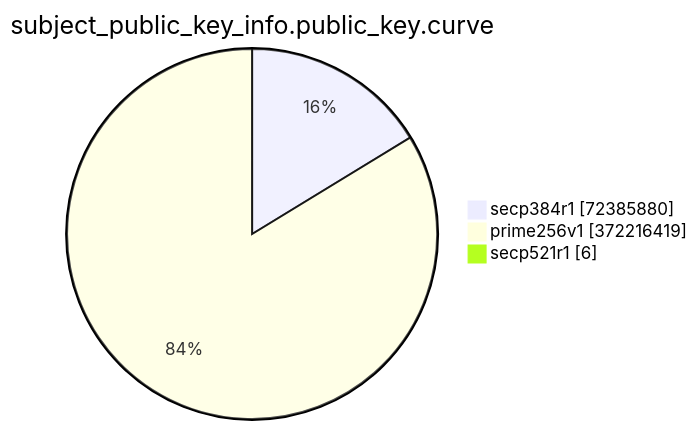
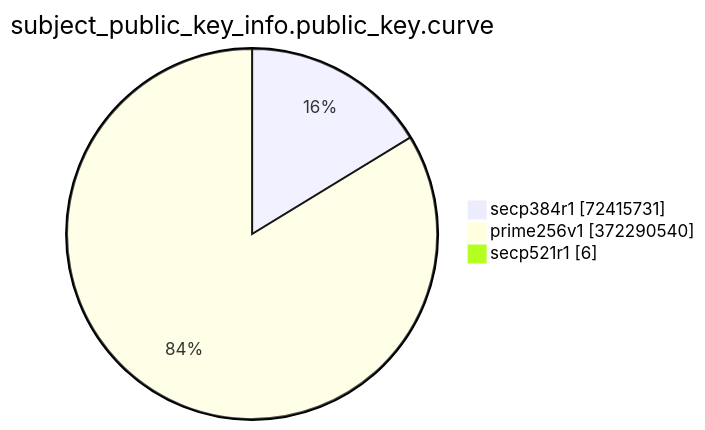
The eighth of 15 diagrams in TOTAL/README.md (christiankrug/ctmonitor_visualization), drawn with Mermaid before and after one commit. The commit also changed other lines of this file, not shown here.

````diff
--- a/TOTAL/README.md
+++ b/TOTAL/README.md
@@ -3092,7 +3092,7 @@
 ```mermaid
 pie showData
 title subject_public_key_info.public_key.curve
-"secp384r1" :72385880
-"prime256v1" :372216419
+"secp384r1" :72415731
+"prime256v1" :372290540
 "secp521r1" :6
 ```
````
